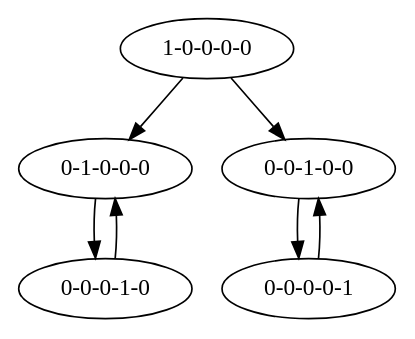
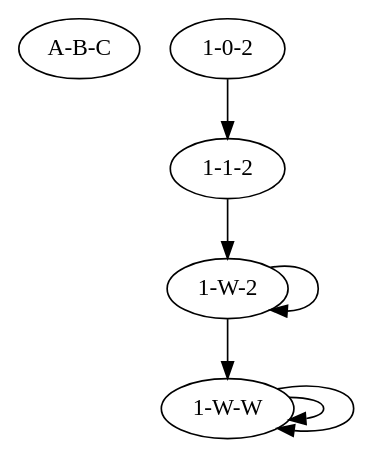
The diagram in graph.dot (SemSSK/petri_to_automata), drawn with Graphviz before and after one commit. The commit also changed 10 other files, not shown here.

```diff
--- a/graph.dot
+++ b/graph.dot
@@ -1,9 +1,10 @@
 
     digraph {
-         "1-0-0-0-0" -> "0-1-0-0-0";
- "1-0-0-0-0" -> "0-0-1-0-0"
-		 "0-0-0-1-0" -> "0-1-0-0-0"
-		 "0-0-1-0-0" -> "0-0-0-0-1"
-		 "0-1-0-0-0" -> "0-0-0-1-0"
-		 "0-0-0-0-1" -> "0-0-1-0-0"
+        "A-B-C"
+         "1-W-W" -> "1-W-W";
+ "1-W-W" -> "1-W-W"
+		 "1-W-2" -> "1-W-W";
+ "1-W-2" -> "1-W-2"
+		 "1-0-2" -> "1-1-2"
+		 "1-1-2" -> "1-W-2"
     }
```
